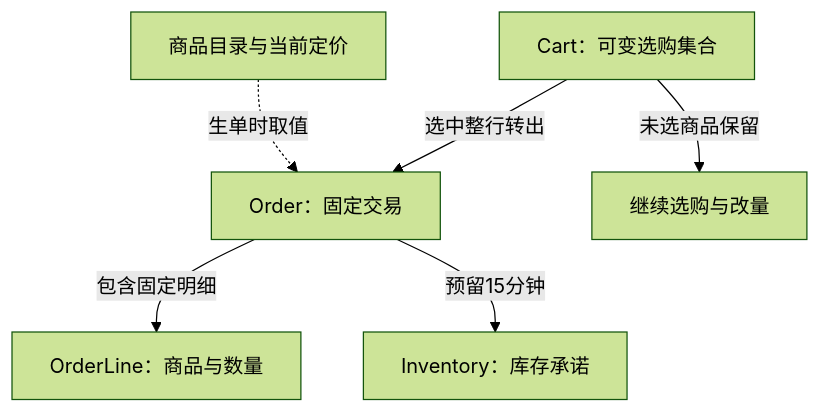
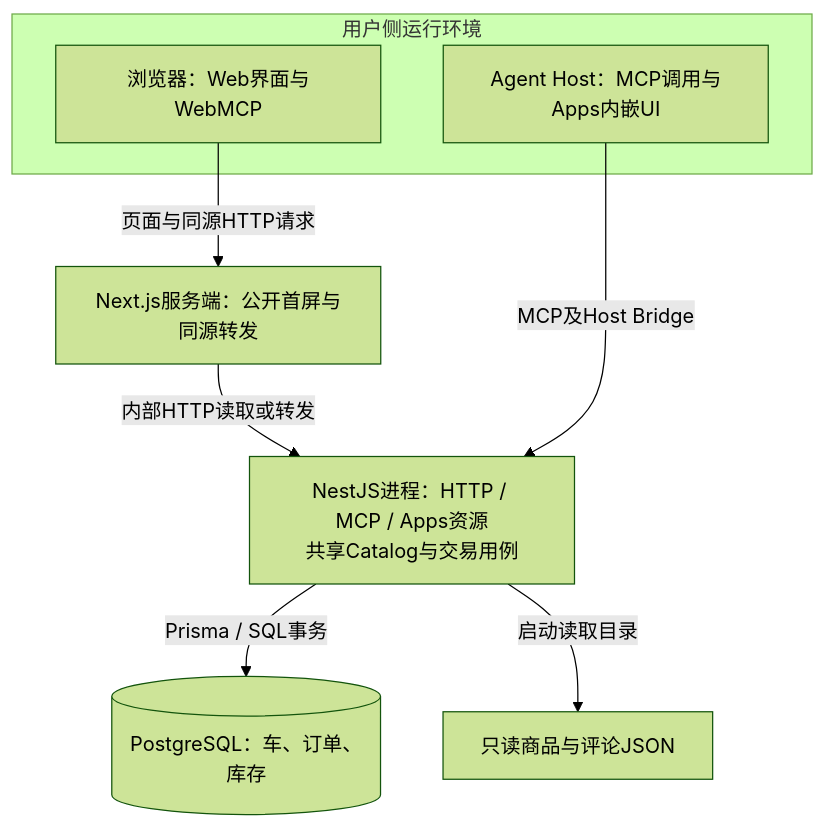
The diagram in docs/engineering/TECHNICAL_DESIGN.md (linshuohao/agent-ready-store), drawn with Mermaid (forest theme) before and after one commit. The commit also changed other lines of this file and 12 other files, not shown here.

````diff
--- a/docs/engineering/TECHNICAL_DESIGN.md
+++ b/docs/engineering/TECHNICAL_DESIGN.md
@@ -104,8 +61,17 @@
 ```mermaid
 flowchart TB
-    P[商品目录与当前定价] -. 生单时取值 .-> O
-    C[Cart：可变选购集合] -->|选中整行转出| O[Order：固定交易]
-    C -->|未选商品保留| R[继续选购与改量]
-    O -->|包含固定明细| L[OrderLine：商品与数量]
-    O -->|预留15分钟| I[Inventory：库存承诺]
+    subgraph Clients[用户侧运行环境]
+        Web[浏览器：Web界面与WebMCP]
+        Host[Agent Host：MCP调用与Apps内嵌UI]
+    end
+    Next[Next.js服务端：公开首屏与同源转发]
+    API[NestJS进程：HTTP / MCP / Apps资源
+共享Catalog与交易用例]
+    DB[(PostgreSQL：车、订单、库存)]
+    Files[只读商品与评论JSON]
+    Web -->|页面与同源HTTP请求| Next
+    Next -->|内部HTTP读取或转发| API
+    Host -->|MCP及Host Bridge| API
+    API -->|Prisma / SQL事务| DB
+    API -->|启动读取目录| Files
 ```
````
